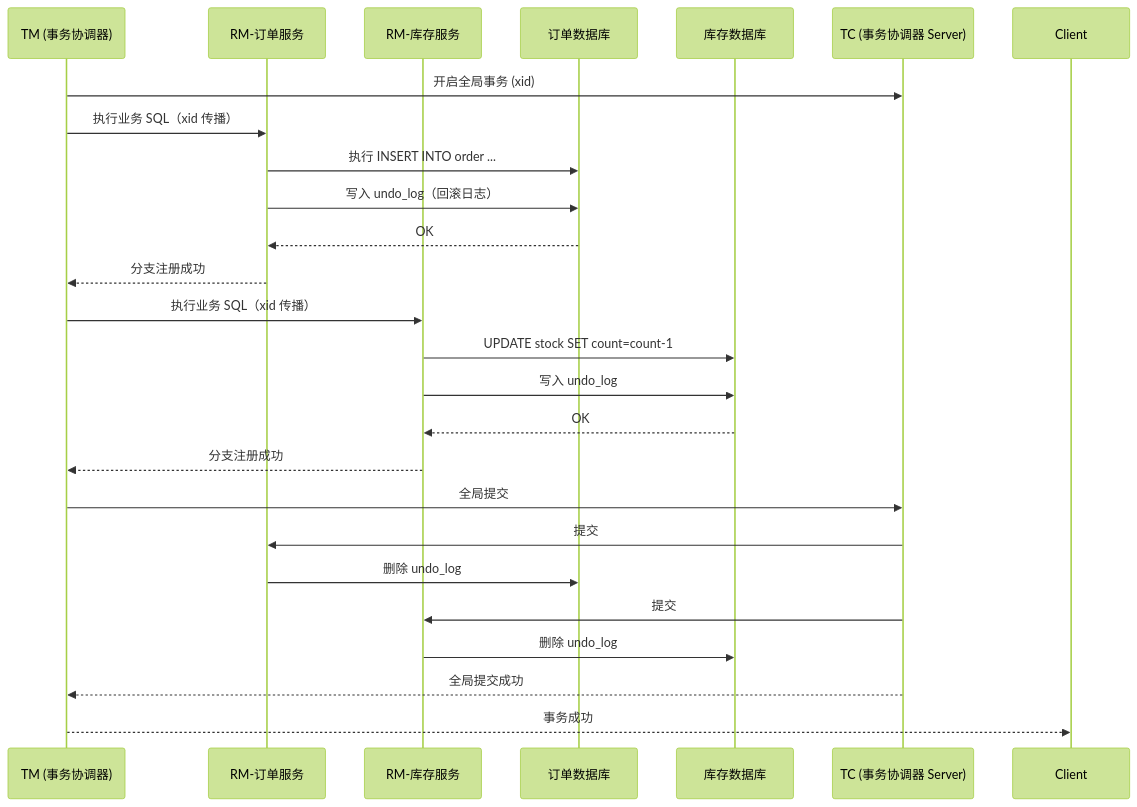
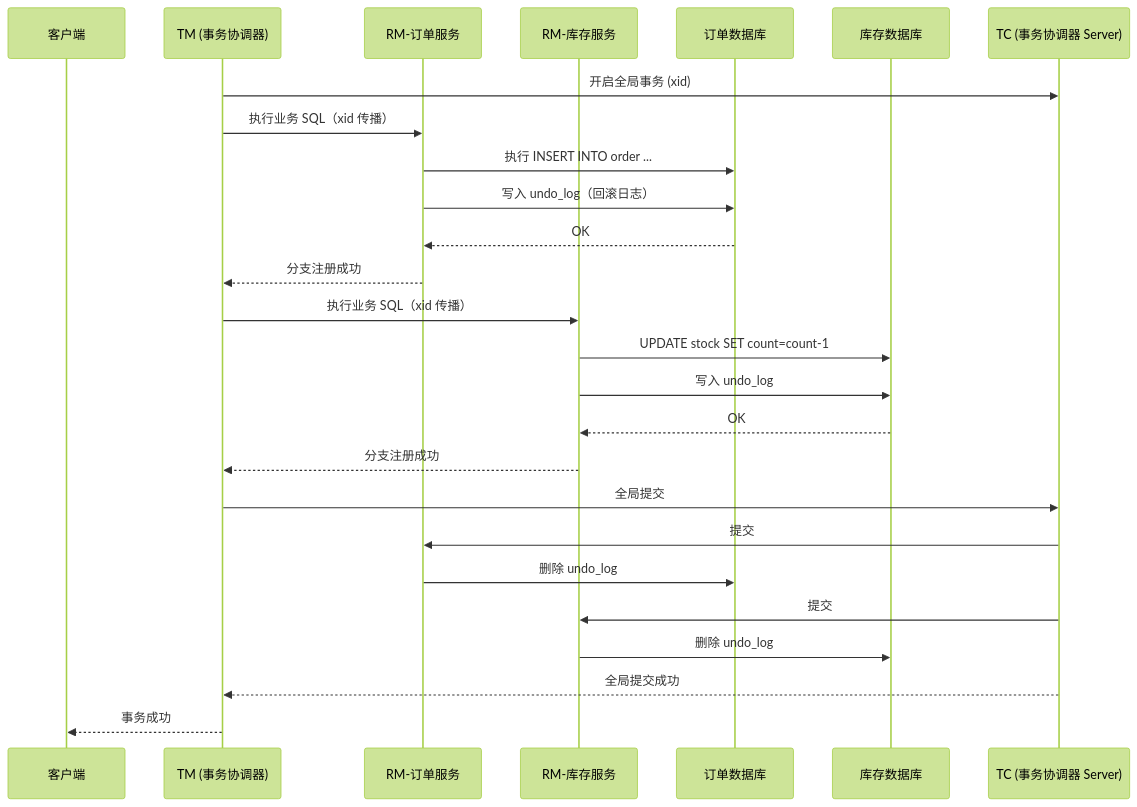
One commit to kane201x/javadoc changed the sixth of 8 diagrams in 07-spring-cloud/README.md. Above: the diagram before and after it, drawn with Mermaid (forest theme). The commit also changed other lines of this file and 12 other files, not shown here.

First line of the commit message:
fix: correct mermaid diagram syntax across all modules

````diff
--- a/07-spring-cloud/README.md
+++ b/07-spring-cloud/README.md
@@ -1038,30 +1040,31 @@
 ```mermaid
 sequenceDiagram
+    participant Client as 客户端
     participant TM as TM (事务协调器)
     participant RM1 as RM-订单服务
     participant RM2 as RM-库存服务
     participant DB1 as 订单数据库
     participant DB2 as 库存数据库
     participant TC as TC (事务协调器 Server)
 
     TM->>TC: 开启全局事务 (xid)
     TM->>RM1: 执行业务 SQL（xid 传播）
     RM1->>DB1: 执行 INSERT INTO order ...
     RM1->>DB1: 写入 undo_log（回滚日志）
     DB1-->>RM1: OK
     RM1-->>TM: 分支注册成功
 
     TM->>RM2: 执行业务 SQL（xid 传播）
     RM2->>DB2: UPDATE stock SET count=count-1
     RM2->>DB2: 写入 undo_log
     DB2-->>RM2: OK
     RM2-->>TM: 分支注册成功
 
     TM->>TC: 全局提交
     TC->>RM1: 提交
     RM1->>DB1: 删除 undo_log
     TC->>RM2: 提交
     RM2->>DB2: 删除 undo_log
     TC-->>TM: 全局提交成功
     TM-->>Client: 事务成功
 ```
````
